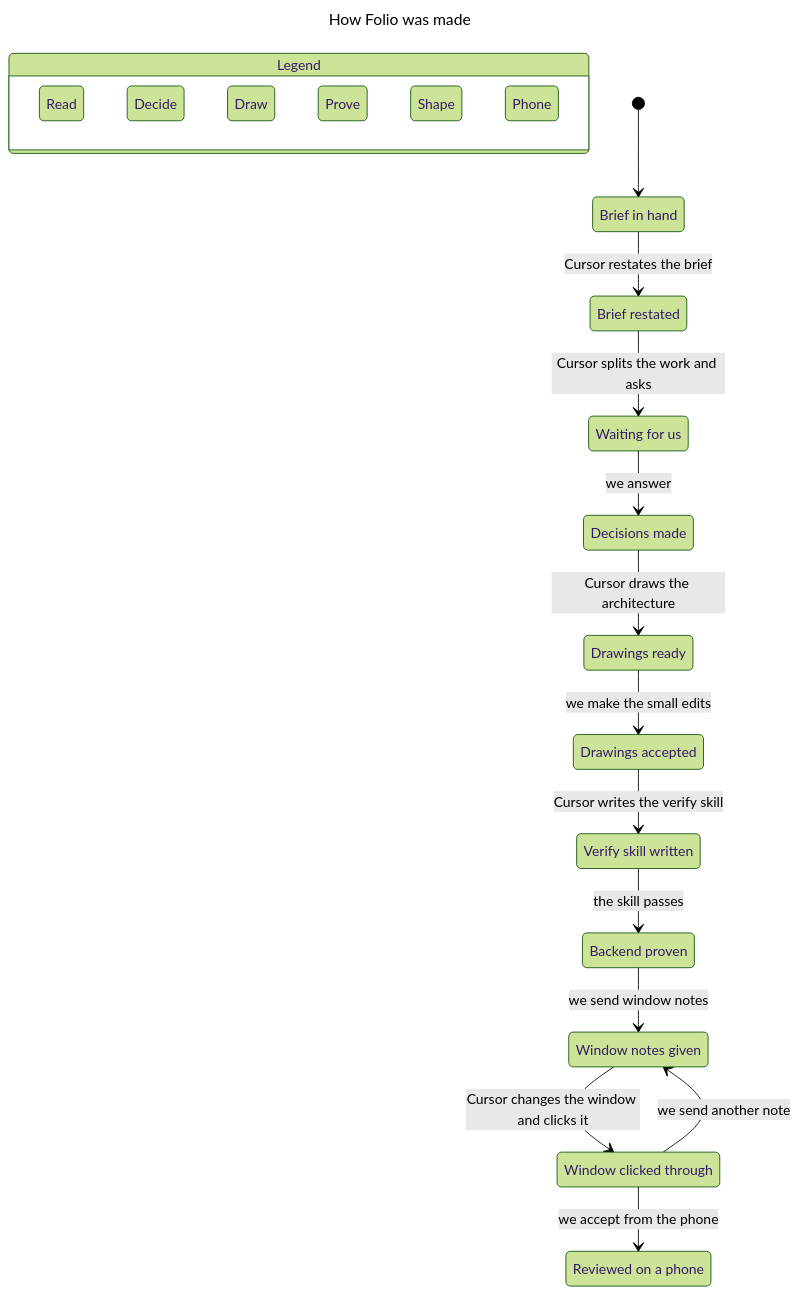
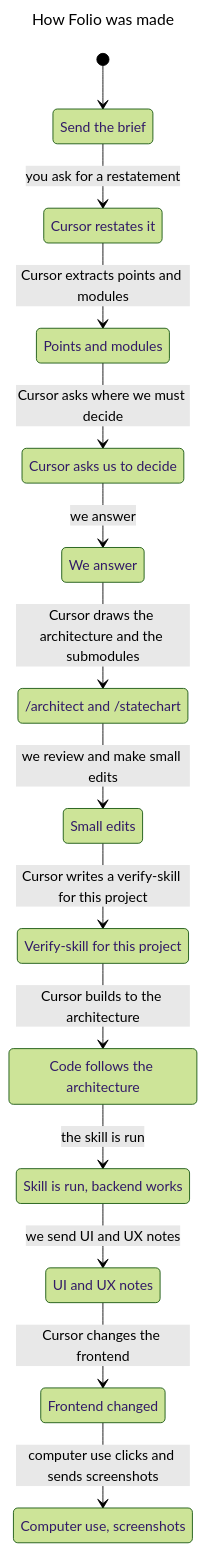
The diagram in submission/statecharts/making.mmd (TTAWDTT/folio), drawn with Mermaid (forest theme) before and after one commit. The commit also changed 5 other files, not shown here.

First line of the commit message:
Redraw the making chart in the order the work actually happened.

```diff
--- a/submission/statecharts/making.mmd
+++ b/submission/statecharts/making.mmd
@@ -1,52 +1,30 @@
 ---
 title: "How Folio was made"
 ---
 stateDiagram-v2
-  state "Legend" as legend {
-    lg0: Read
-    lg1: Decide
-    lg2: Draw
-    lg3: Prove
-    lg4: Shape
-    lg5: Phone
-  }
-  class lg0 blue
-  class lg1 orange
-  class lg2 purple
-  class lg3 teal
-  class lg4 tan
-  class lg5 pink
-  s0: Brief in hand
-  s1: Brief restated
-  s2: Waiting for us
-  s3: Decisions made
-  s4: Drawings ready
-  s5: Drawings accepted
-  s6: Verify skill written
-  s7: Backend proven
-  s8: Window notes given
-  s9: Window clicked through
-  s10: Reviewed on a phone
+  s0: Send the brief
+  s1: Cursor restates it
+  s2: Points and modules
+  s3: Cursor asks us to decide
+  s4: We answer
+  s5: /architect and /statechart
+  s6: Small edits
+  s7: Verify-skill for this project
+  s8: Code follows the architecture
+  s9: Skill is run, backend works
+  s10: UI and UX notes
+  s11: Frontend changed
+  s12: Computer use, screenshots
   [*] --> s0
-  s0 --> s1: Cursor restates the brief
-  s1 --> s2: Cursor splits the work and asks
-  s2 --> s3: we answer
-  s3 --> s4: Cursor draws the architecture
-  s4 --> s5: we make the small edits
-  s5 --> s6: Cursor writes the verify skill
-  s6 --> s7: the skill passes
-  s7 --> s8: we send window notes
-  s8 --> s9: Cursor changes the window and clicks it
-  s9 --> s8: we send another note
-  s9 --> s10: we accept from the phone
-  class s0 blue
-  class s1 blue
-  class s2 orange
-  class s3 orange
-  class s4 purple
-  class s5 purple
-  class s6 teal
-  class s7 teal
-  class s8 tan
-  class s9 tan
-  class s10 pink
+  s0 --> s1: you ask for a restatement
+  s1 --> s2: Cursor extracts points and modules
+  s2 --> s3: Cursor asks where we must decide
+  s3 --> s4: we answer
+  s4 --> s5: Cursor draws the architecture and the submodules
+  s5 --> s6: we review and make small edits
+  s6 --> s7: Cursor writes a verify-skill for this project
+  s7 --> s8: Cursor builds to the architecture
+  s8 --> s9: the skill is run
+  s9 --> s10: we send UI and UX notes
+  s10 --> s11: Cursor changes the frontend
+  s11 --> s12: computer use clicks and sends screenshots
```
